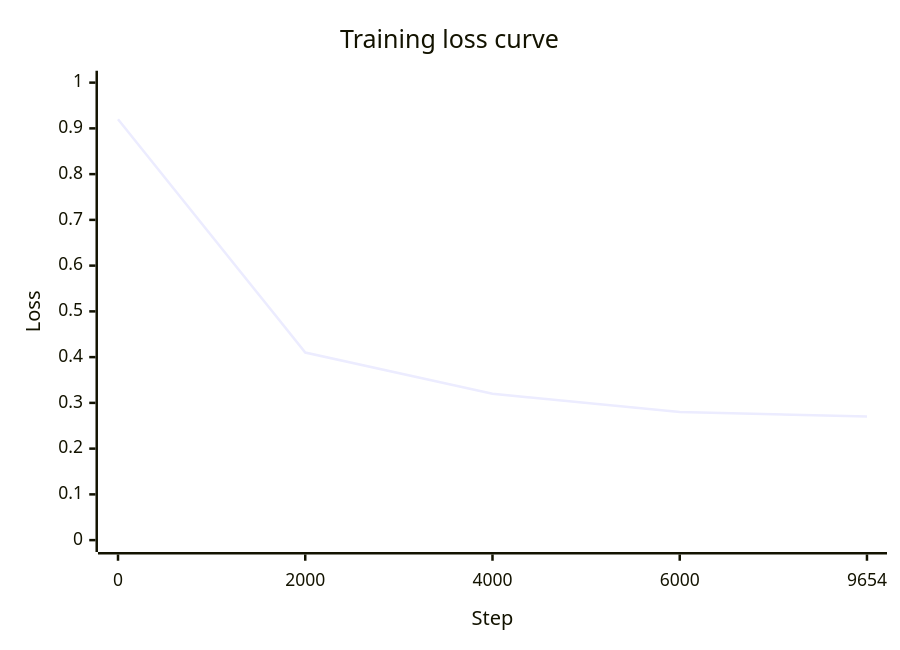
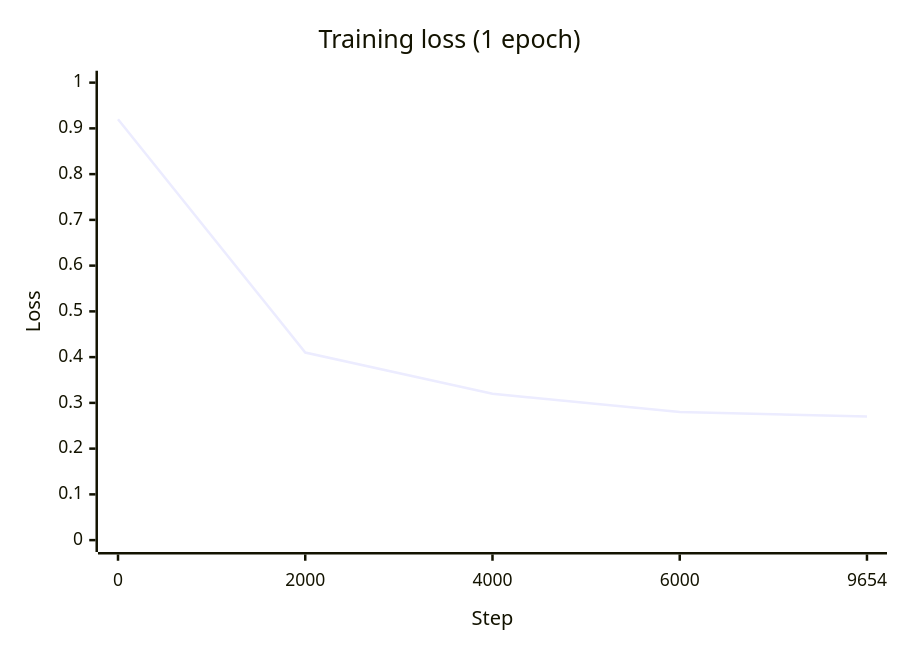
The third of 6 diagrams in presentation/slides.md (DanielRegaladoUMiami/sql-agent-llmops), drawn with Mermaid before and after one commit. The commit also changed other lines of this file, not shown here.

````diff
--- a/presentation/slides.md
+++ b/presentation/slides.md
@@ -531,7 +484,7 @@
 ```mermaid
 xychart-beta
-  title "Training loss curve"
+  title "Training loss (1 epoch)"
   x-axis "Step" [0, 2000, 4000, 6000, 9654]
   y-axis "Loss" 0 --> 1
   line [0.92, 0.41, 0.32, 0.28, 0.27]
 ```
````
